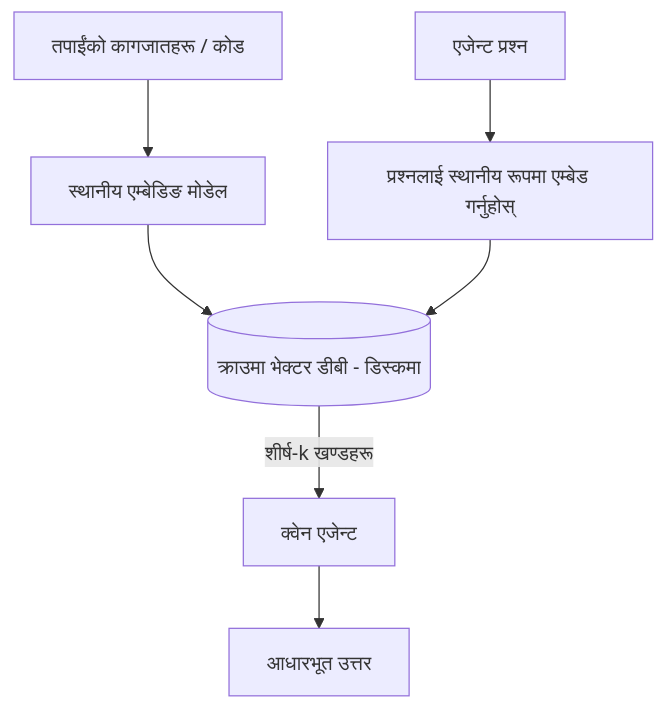
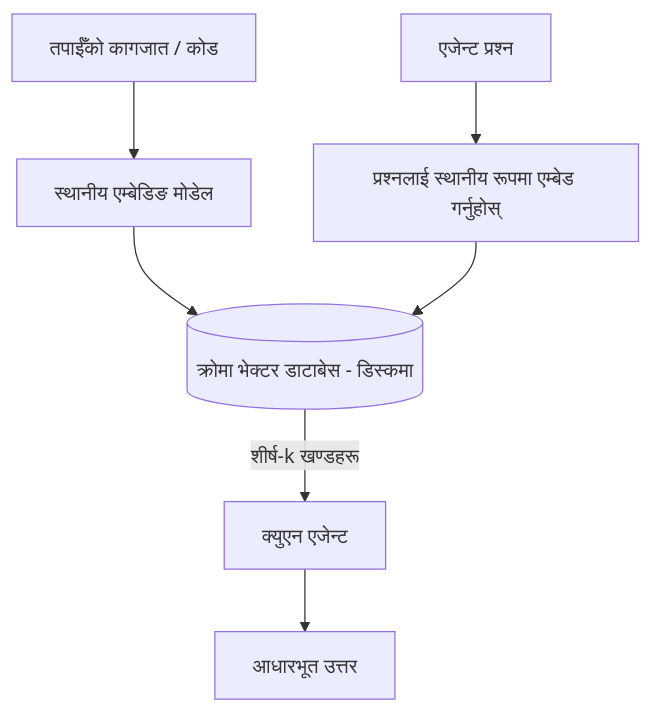
The third of 4 diagrams in mirrors/repos/microsoft@ai-agents-for-beginners/translations/ne/17-creating-local-ai-agents/README.md (gabrielmoreira/agent-skills-mirror), drawn with Mermaid before and after one commit. The commit also changed other lines of this file and 4262 other files, not shown here.

````diff
--- a/mirrors/repos/microsoft@ai-agents-for-beginners/translations/ne/17-creating-local-ai-agents/README.md
+++ b/mirrors/repos/microsoft@ai-agents-for-beginners/translations/ne/17-creating-local-ai-agents/README.md
@@ -125,9 +125,9 @@
 ```mermaid
 flowchart TB
-    D[तपाईंको कागजातहरू / कोड] --> E[स्थानीय एम्बेडिङ मोडेल]
-    E --> V[(क्राउमा भेक्टर डीबी - डिस्कमा)]
+    D[तपाईँको कागजात / कोड] --> E[स्थानीय एम्बेडिङ मोडेल]
+    E --> V[(क्रोमा भेक्टर डाटाबेस - डिस्कमा)]
     Q[एजेन्ट प्रश्न] --> QE[प्रश्नलाई स्थानीय रूपमा एम्बेड गर्नुहोस्]
     QE --> V
-    V -->|शीर्ष-k खण्डहरू| A[क्वेन एजेन्ट]
+    V -->|शीर्ष-k खण्डहरू| A[क्युएन एजेन्ट]
     A --> Ans[आधारभूत उत्तर]
 ```
````
